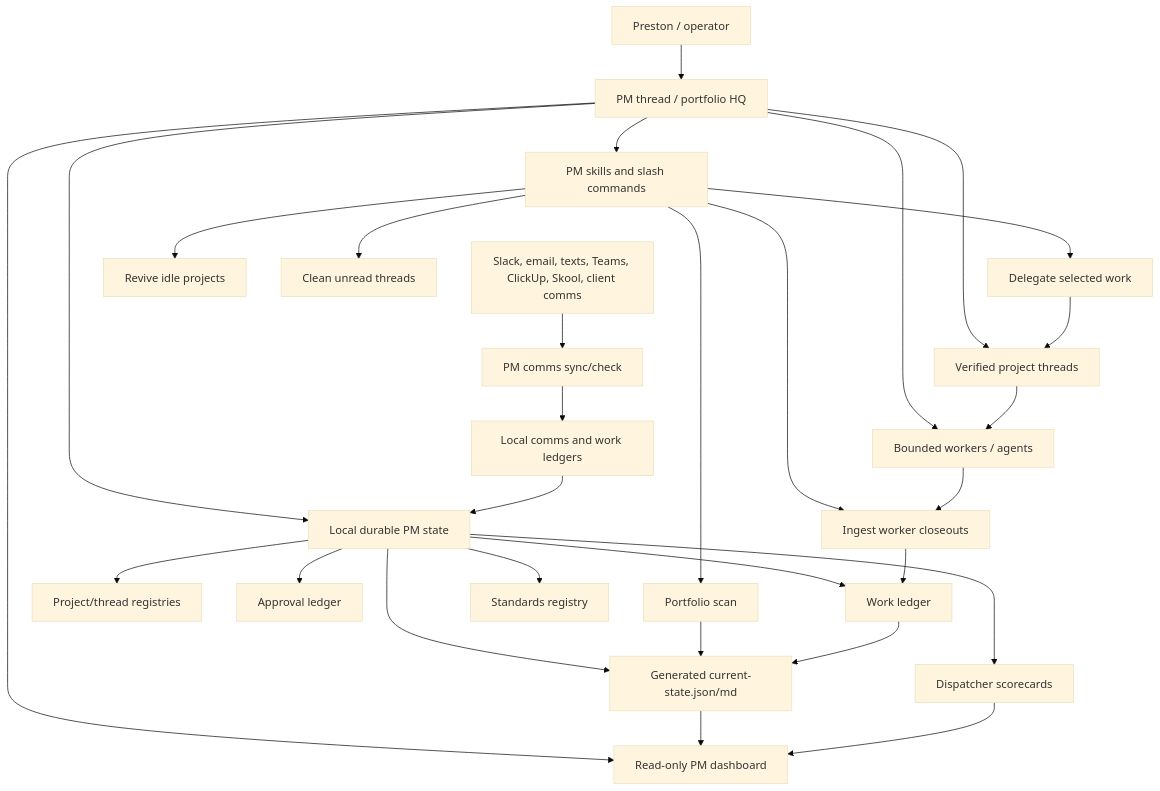
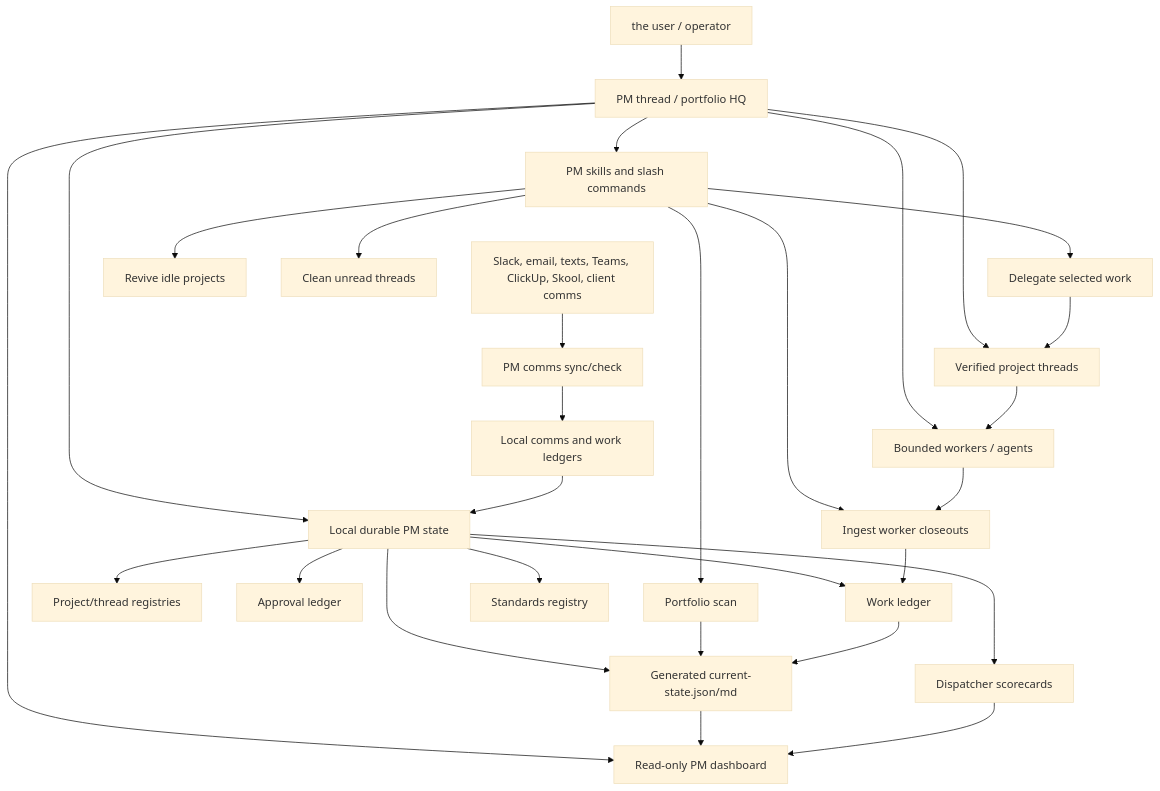
The first of 3 diagrams in docs/pm-system-overview.md (Splintered-Glass-Solutions/SGS_skills), drawn with Mermaid (base theme) before and after one commit. The commit also changed other lines of this file and 162 other files, not shown here.

````diff
--- a/docs/pm-system-overview.md
+++ b/docs/pm-system-overview.md
@@ -13,36 +13,36 @@
 ```mermaid
 flowchart TD
-  Operator["Preston / operator"] --> PM["PM thread / portfolio HQ"]
+  Operator["the user / operator"] --> PM["PM thread / portfolio HQ"]
 
   PM --> Skills["PM skills and slash commands"]
   PM --> State["Local durable PM state"]
   PM --> ProjectThreads["Verified project threads"]
   PM --> Workers["Bounded workers / agents"]
   PM --> Cockpit["Read-only PM dashboard"]
 
   Sources["Slack, email, texts, Teams, ClickUp, Skool, client comms"] --> CommsSync["PM comms sync/check"]
   CommsSync --> LocalLedger["Local comms and work ledgers"]
   LocalLedger --> State
 
   Skills --> Scan["Portfolio scan"]
   Skills --> Delegate["Delegate selected work"]
   Skills --> PlateSpin["Revive idle projects"]
   Skills --> CleanUnreads["Clean unread threads"]
   Skills --> Ingest["Ingest worker closeouts"]
 
   State --> Registries["Project/thread registries"]
   State --> Approvals["Approval ledger"]
   State --> WorkLedger["Work ledger"]
   State --> Standards["Standards registry"]
   State --> Scorecards["Dispatcher scorecards"]
   State --> CurrentState["Generated current-state.json/md"]
 
   Scan --> CurrentState
   Delegate --> ProjectThreads
   ProjectThreads --> Workers
   Workers --> Ingest
   Ingest --> WorkLedger
   WorkLedger --> CurrentState
   CurrentState --> Cockpit
   Scorecards --> Cockpit
 ```
````
